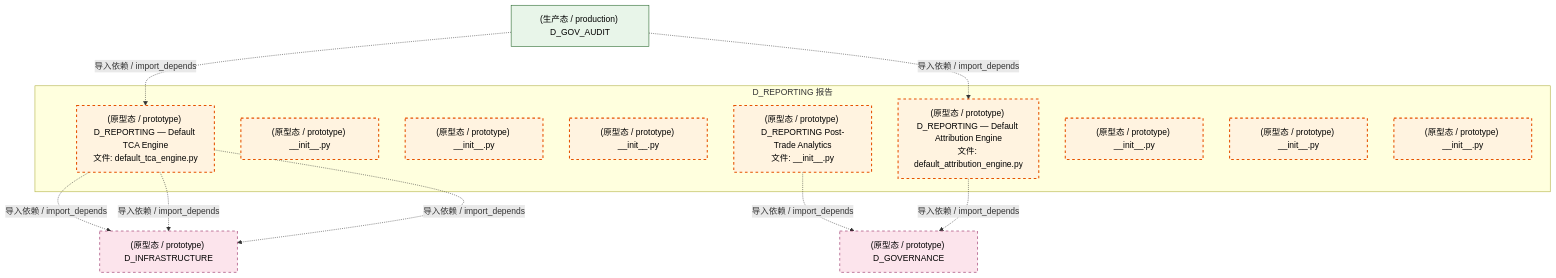
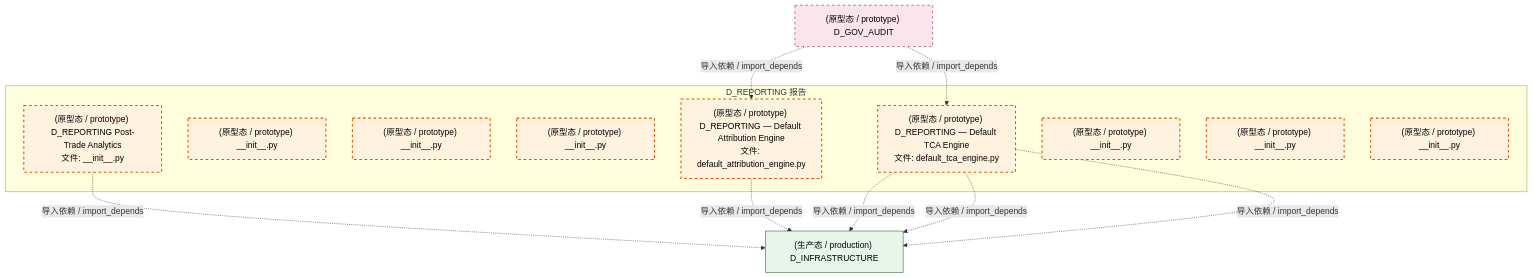
One commit to xuanFelixVan/ZephyrAlpha changed the third of 4 diagrams in docs/02_enterprise_architecture/02_domain_architecture_docs/23_d_reporting.md. Above: the diagram before and after it, drawn with Mermaid. The commit also changed other lines of this file and 126 other files, not shown here.

````diff
--- a/docs/02_enterprise_architecture/02_domain_architecture_docs/23_d_reporting.md
+++ b/docs/02_enterprise_architecture/02_domain_architecture_docs/23_d_reporting.md
@@ -153,31 +154,30 @@
 ```mermaid
 graph TD
     subgraph D_REPORTING["D_REPORTING 报告"]
         src_zephyr_reporting_init_py["(原型态 / prototype) D_REPORTING Post-Trade Analytics<br/>文件: __init__.py"]
         src_zephyr_reporting_extensions_init_py["(原型态 / prototype) __init__.py"]
         src_zephyr_reporting_api_init_py["(原型态 / prototype) __init__.py"]
         src_zephyr_reporting_core_init_py["(原型态 / prototype) __init__.py"]
         src_zephyr_reporting_default_attribution_engine_py["(原型态 / prototype) D_REPORTING — Default Attribution Engine<br/>文件: default_attribution_engine.py"]
         src_zephyr_reporting_default_tca_engine_py["(原型态 / prototype) D_REPORTING — Default TCA Engine<br/>文件: default_tca_engine.py"]
         src_zephyr_reporting_infrastructure_init_py["(原型态 / prototype) __init__.py"]
         src_zephyr_reporting_models_init_py["(原型态 / prototype) __init__.py"]
         src_zephyr_reporting_services_init_py["(原型态 / prototype) __init__.py"]
     end
-    D_GOVERNANCE["(原型态 / prototype) D_GOVERNANCE"]
-    src_zephyr_reporting_init_py -.->|导入依赖 / import_depends| D_GOVERNANCE
-    src_zephyr_reporting_default_attribution_engine_py -.->|导入依赖 / import_depends| D_GOVERNANCE
-    D_INFRASTRUCTURE["(原型态 / prototype) D_INFRASTRUCTURE"]
+    D_INFRASTRUCTURE["(生产态 / production) D_INFRASTRUCTURE"]
+    src_zephyr_reporting_init_py -.->|导入依赖 / import_depends| D_INFRASTRUCTURE
+    src_zephyr_reporting_default_attribution_engine_py -.->|导入依赖 / import_depends| D_INFRASTRUCTURE
     src_zephyr_reporting_default_tca_engine_py -.->|导入依赖 / import_depends| D_INFRASTRUCTURE
     src_zephyr_reporting_default_tca_engine_py -.->|导入依赖 / import_depends| D_INFRASTRUCTURE
     src_zephyr_reporting_default_tca_engine_py -.->|导入依赖 / import_depends| D_INFRASTRUCTURE
-    D_GOV_AUDIT["(生产态 / production) D_GOV_AUDIT"]
+    D_GOV_AUDIT["(原型态 / prototype) D_GOV_AUDIT"]
+    D_GOV_AUDIT -.->|导入依赖 / import_depends| src_zephyr_reporting_default_attribution_engine_py
     D_GOV_AUDIT -.->|导入依赖 / import_depends| src_zephyr_reporting_default_tca_engine_py
-    D_GOV_AUDIT -.->|导入依赖 / import_depends| src_zephyr_reporting_default_attribution_engine_py
     classDef production fill:#e1f5fe,stroke:#01579b,stroke-width:2px,color:#000
     classDef design fill:#fff3e0,stroke:#e65100,stroke-width:2px,color:#000,stroke-dasharray: 5 5
     classDef external_prod fill:#e8f5e9,stroke:#1b5e20,stroke-width:1px,color:#000
     classDef external_design fill:#fce4ec,stroke:#880e4f,stroke-width:1px,color:#000,stroke-dasharray: 5 5
     class src_zephyr_reporting_init_py,src_zephyr_reporting_extensions_init_py,src_zephyr_reporting_api_init_py,src_zephyr_reporting_core_init_py,src_zephyr_reporting_default_attribution_engine_py,src_zephyr_reporting_default_tca_engine_py,src_zephyr_reporting_infrastructure_init_py,src_zephyr_reporting_models_init_py,src_zephyr_reporting_services_init_py design
-    class D_GOV_AUDIT external_prod
-    class D_GOVERNANCE,D_INFRASTRUCTURE external_design
+    class D_INFRASTRUCTURE external_prod
+    class D_GOV_AUDIT external_design
 ```
````
